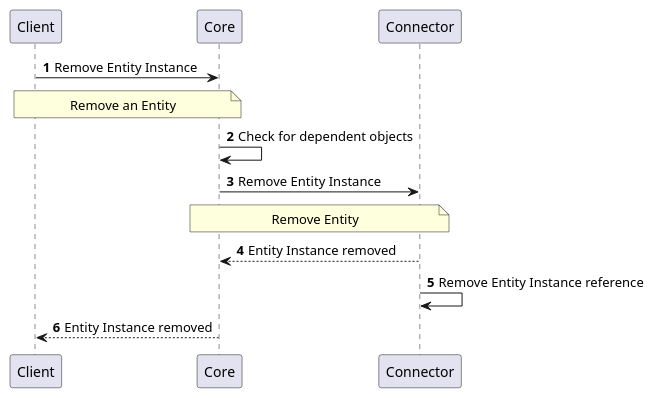
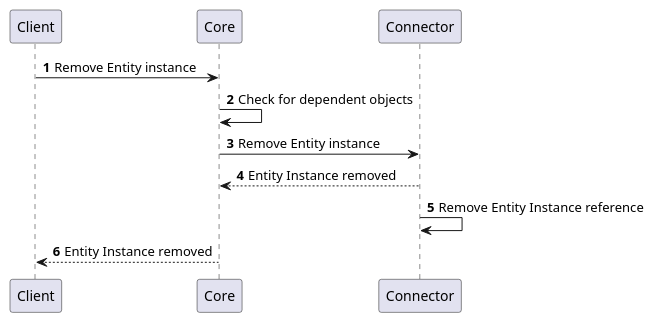
One commit to CZERTAINLY/CZERTAINLY-Documentation changed the fourth of 13 diagrams in docs/12-connectors/05-description/32-entity-provider.md. Above: the diagram before and after it, drawn with PlantUML. The commit also changed other lines of this file and 8 other files, not shown here.

First line of the commit message:
Update description of plantuml diagrams on the providers

````diff
--- a/docs/12-connectors/05-description/32-entity-provider.md
+++ b/docs/12-connectors/05-description/32-entity-provider.md
@@ -104,14 +81,12 @@
 ```plantuml
     @startuml
     autonumber
     skinparam topurl https://docs.czertainly.com/api/
-        Client -> Core [[core-Entity/#tag/Entity-Management-API/operation/removeEntityInstance]]: Remove Entity Instance
-        note over Client,Core: Remove an Entity
+        Client -> Core [[core-Entity/#tag/Entity-Management-API/operation/removeEntityInstance]]: Remove Entity instance
         Core -> Core: Check for dependent objects
-        Core -> Connector [[core-Entity/#tag/Entity-Management-API/operation/removeEntityInstance]]: Remove Entity Instance
-        note over Core,Connector: Remove Entity
+        Core -> Connector [[core-Entity/#tag/Entity-Management-API/operation/removeEntityInstance]]: Remove Entity instance
         Connector --> Core: Entity Instance removed
         Connector -> Connector: Remove Entity Instance reference
         Core --> Client: Entity Instance removed
     @enduml
 ```
````
